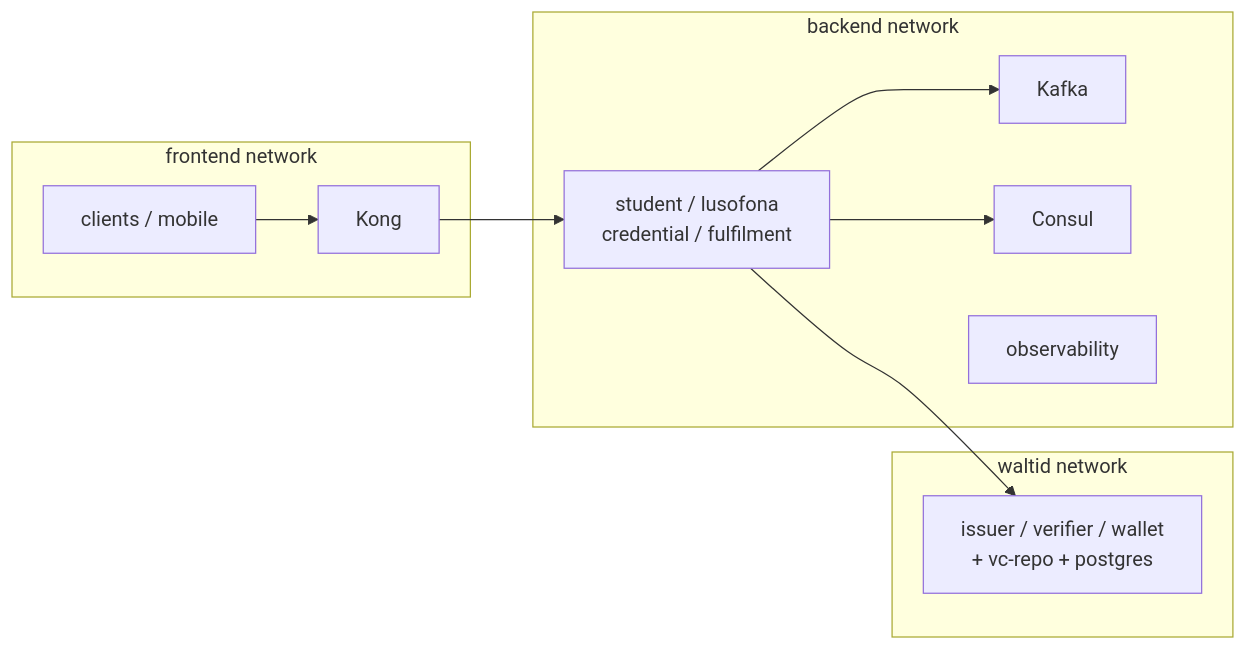
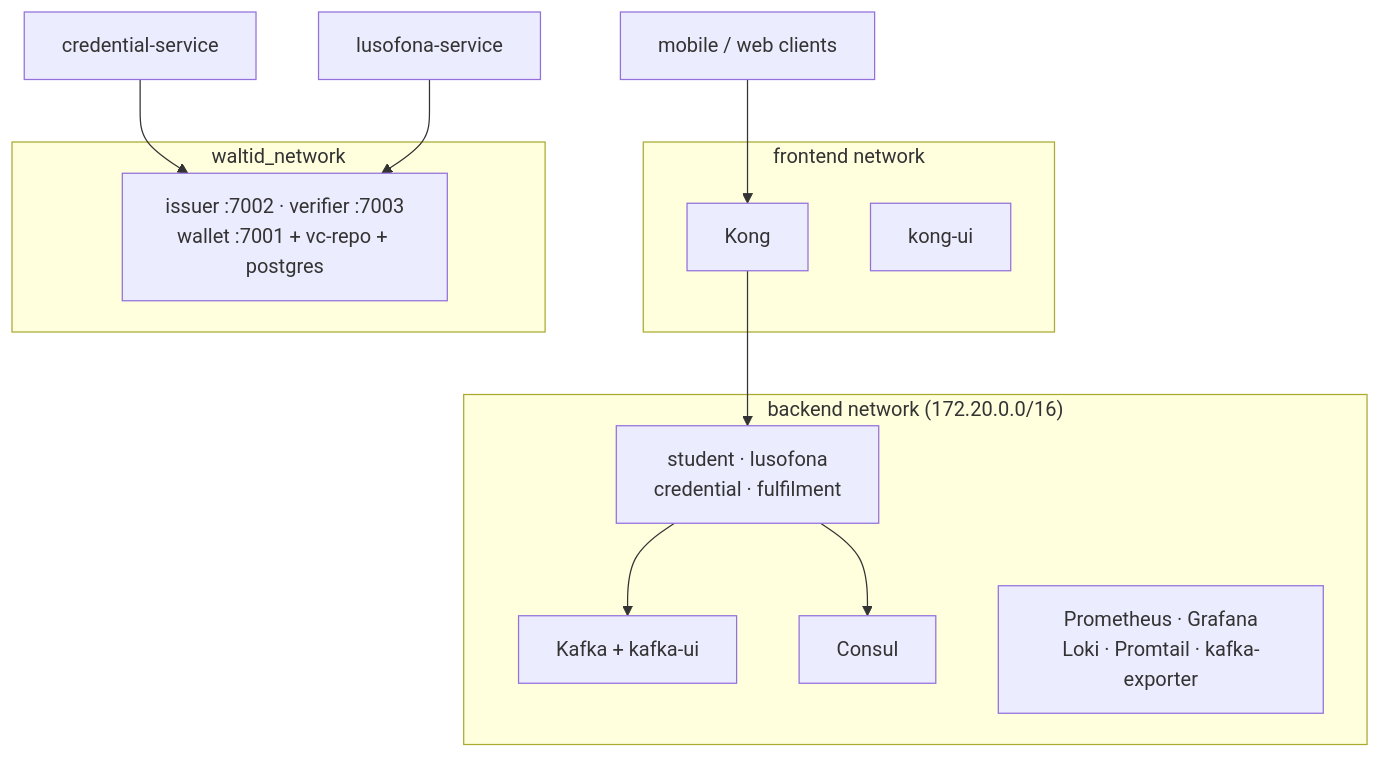
Diagram 13 of 16 in docs/ARCHITECTURE.md (marcelogdomingues/ulht-dcs-public), drawn with Mermaid before and after one commit. The commit also changed other lines of this file and 9 other files, not shown here.

First line of the commit message:
docs: expand all guides with deep detail and Mermaid diagrams

````diff
--- a/docs/ARCHITECTURE.md
+++ b/docs/ARCHITECTURE.md
@@ -235,22 +635,23 @@
 ```mermaid
-graph LR
+graph TB
     subgraph frontend["frontend network"]
         kong["Kong"]
-        clients["clients / mobile"]
+        kongui["kong-ui"]
     end
-    subgraph backend["backend network"]
-        svcs["student / lusofona<br/>credential / fulfilment"]
-        kafka["Kafka"]
+    subgraph backend["backend network (172.20.0.0/16)"]
+        svcs["student · lusofona<br/>credential · fulfilment"]
+        kafka["Kafka + kafka-ui"]
         consul["Consul"]
-        obs["observability"]
+        obs["Prometheus · Grafana<br/>Loki · Promtail · kafka-exporter"]
     end
-    subgraph waltidnet["waltid network"]
-        waltid["issuer / verifier / wallet<br/>+ vc-repo + postgres"]
+    subgraph waltidnet["waltid_network"]
+        waltid["issuer :7002 · verifier :7003<br/>wallet :7001 + vc-repo + postgres"]
     end
 
-    clients --> kong
+    clients["mobile / web clients"] --> kong
     kong --> svcs
     svcs --> kafka
     svcs --> consul
-    svcs --> waltid
+    credential["credential-service"] --> waltid
+    lusofona["lusofona-service"] --> waltid
 ```
````
